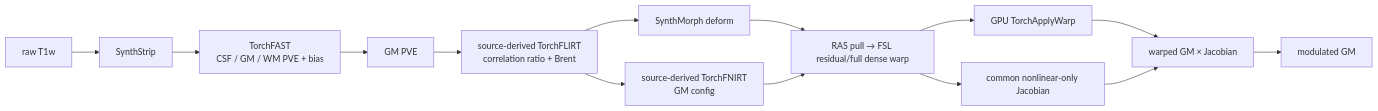
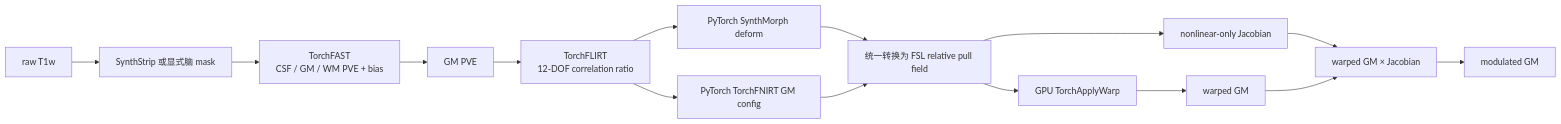
The diagram in docs/fast_vbm/README.md (weikanggong1/Fudan-Neuroimaging-toolkit), drawn with Mermaid before and after one commit. The commit also changed other lines of this file and 52 other files, not shown here.

Commit message:
Repair TorchFNIRT TBSS and TorchMMORF parity

````diff
--- a/docs/fast_vbm/README.md
+++ b/docs/fast_vbm/README.md
@@ -26,16 +9,17 @@
 ```mermaid
 flowchart LR
-  A[raw T1w] --> B[SynthStrip]
+  A[raw T1w] --> B[SynthStrip 或显式脑 mask]
   B --> C[TorchFAST<br/>CSF / GM / WM PVE + bias]
   C --> D[GM PVE]
-  D --> E[source-derived TorchFLIRT<br/>correlation ratio + Brent]
-  E --> F1[SynthMorph deform]
-  E --> F2[source-derived TorchFNIRT<br/>GM config]
-  F1 --> W[RAS pull → FSL residual/full dense warp]
-  F2 --> W
-  W --> G[GPU TorchApplyWarp]
-  W --> H[common nonlinear-only Jacobian]
-  G --> I[warped GM × Jacobian]
-  H --> I
-  I --> J[modulated GM]
+  D --> E[TorchFLIRT<br/>12-DOF correlation ratio]
+  E --> F1[PyTorch SynthMorph deform]
+  E --> F2[PyTorch TorchFNIRT GM config]
+  F1 --> G[统一转换为 FSL relative pull field]
+  F2 --> G
+  G --> H[GPU TorchApplyWarp]
+  G --> I[nonlinear-only Jacobian]
+  H --> J[warped GM]
+  I --> K[warped GM × Jacobian]
+  J --> K
+  K --> L[modulated GM]
 ```
````
